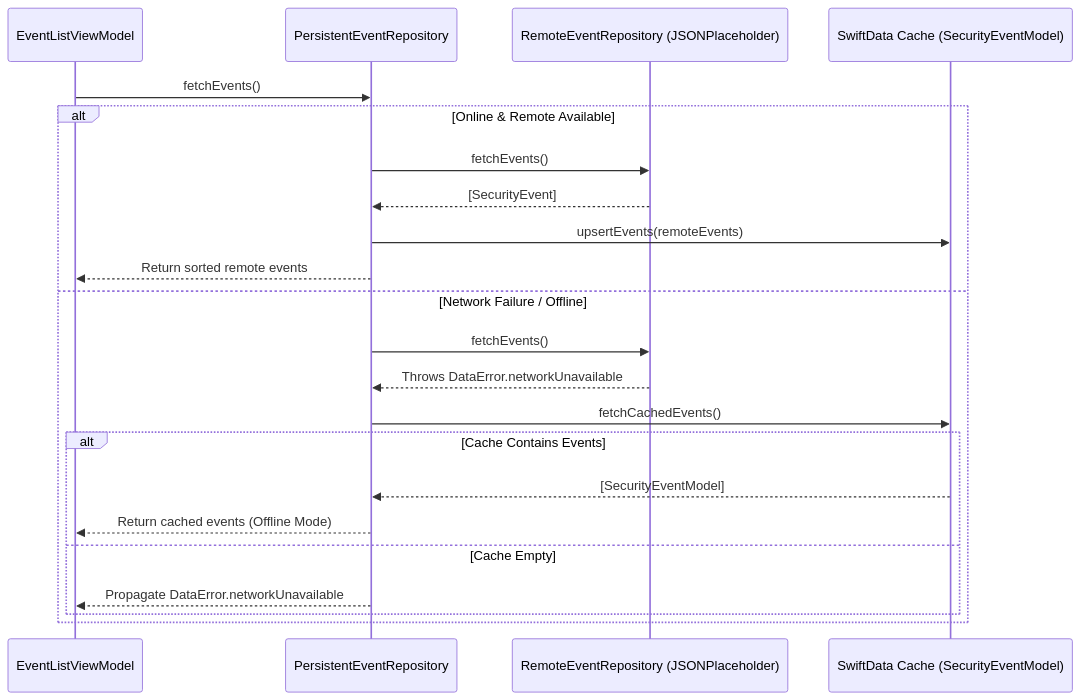
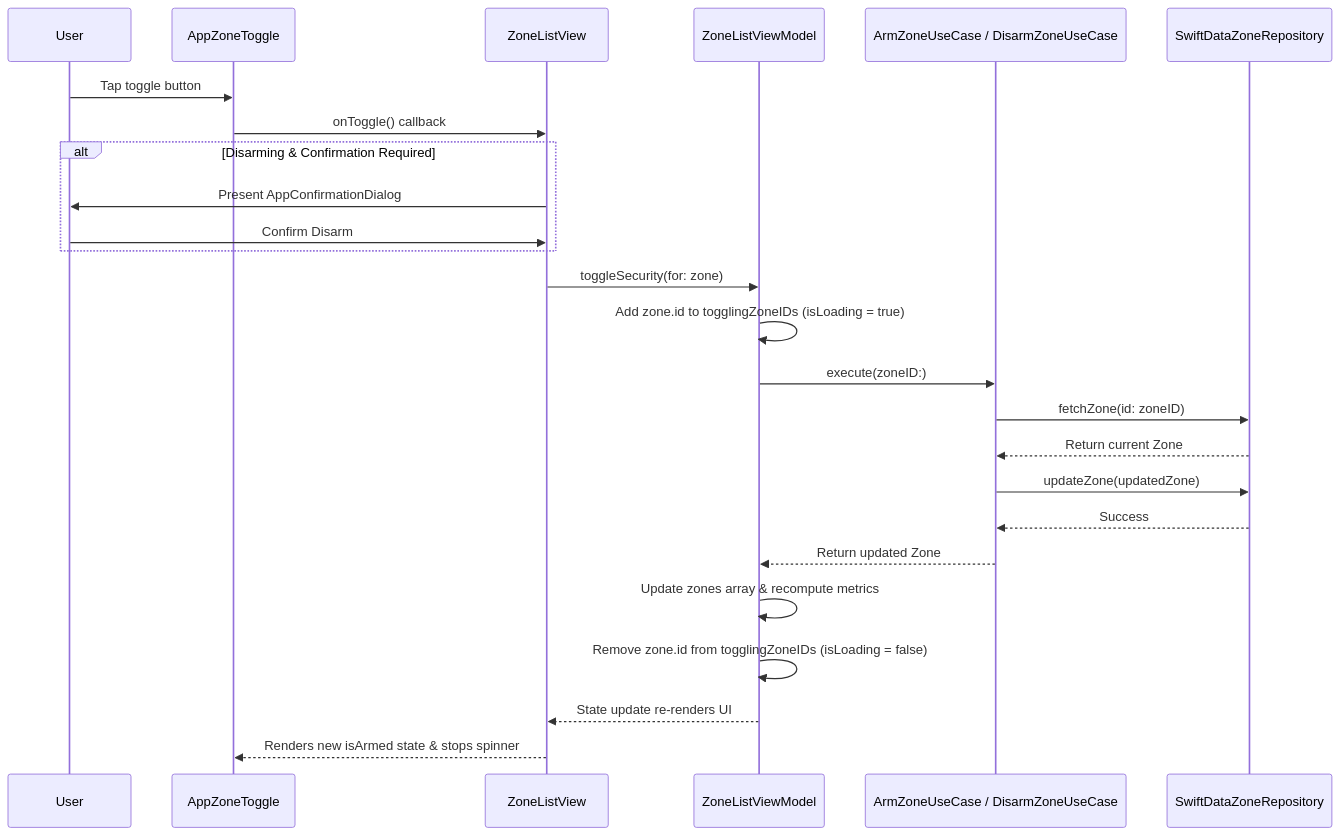
Before and after one commit to jendev87/IATP1621-SecurityCompanionDemo: the diagram in ARCHITECTURE.md, drawn with Mermaid. The commit also changed other lines of this file and 19 other files, not shown here.

````diff
--- a/ARCHITECTURE.md
+++ b/ARCHITECTURE.md
@@ -210,25 +258,28 @@
 ```mermaid
 sequenceDiagram
-    participant UI as EventListViewModel
-    participant Repo as PersistentEventRepository
-    participant Remote as RemoteEventRepository (JSONPlaceholder)
-    participant Local as SwiftData Cache (SecurityEventModel)
+    participant User
+    participant Toggle as AppZoneToggle
+    participant View as ZoneListView
+    participant VM as ZoneListViewModel
+    participant UC as ArmZoneUseCase / DisarmZoneUseCase
+    participant Repo as SwiftDataZoneRepository
 
-    UI->>Repo: fetchEvents()
-    alt Online & Remote Available
-        Repo->>Remote: fetchEvents()
-        Remote-->>Repo: [SecurityEvent]
-        Repo->>Local: upsertEvents(remoteEvents)
-        Repo-->>UI: Return sorted remote events
-    else Network Failure / Offline
-        Repo->>Remote: fetchEvents()
-        Remote-->>Repo: Throws DataError.networkUnavailable
-        Repo->>Local: fetchCachedEvents()
-        alt Cache Contains Events
-            Local-->>Repo: [SecurityEventModel]
-            Repo-->>UI: Return cached events (Offline Mode)
-        else Cache Empty
-            Repo-->>UI: Propagate DataError.networkUnavailable
-        end
+    User->>Toggle: Tap toggle button
+    Toggle->>View: onToggle() callback
+    alt Disarming & Confirmation Required
+        View->>User: Present AppConfirmationDialog
+        User->>View: Confirm Disarm
     end
+    View->>VM: toggleSecurity(for: zone)
+    VM->>VM: Add zone.id to togglingZoneIDs (isLoading = true)
+    VM->>UC: execute(zoneID:)
+    UC->>Repo: fetchZone(id: zoneID)
+    Repo-->>UC: Return current Zone
+    UC->>Repo: updateZone(updatedZone)
+    Repo-->>UC: Success
+    UC-->>VM: Return updated Zone
+    VM->>VM: Update zones array & recompute metrics
+    VM->>VM: Remove zone.id from togglingZoneIDs (isLoading = false)
+    VM-->>View: State update re-renders UI
+    View-->>Toggle: Renders new isArmed state & stops spinner
 ```
````
